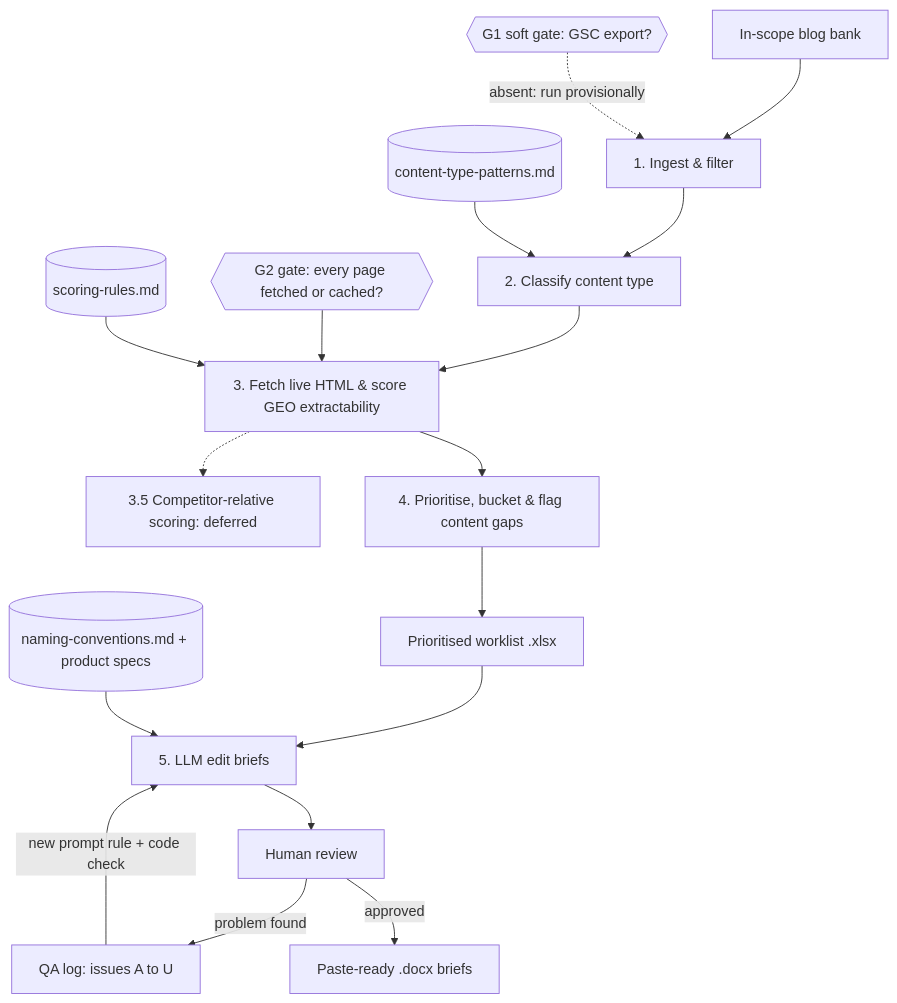
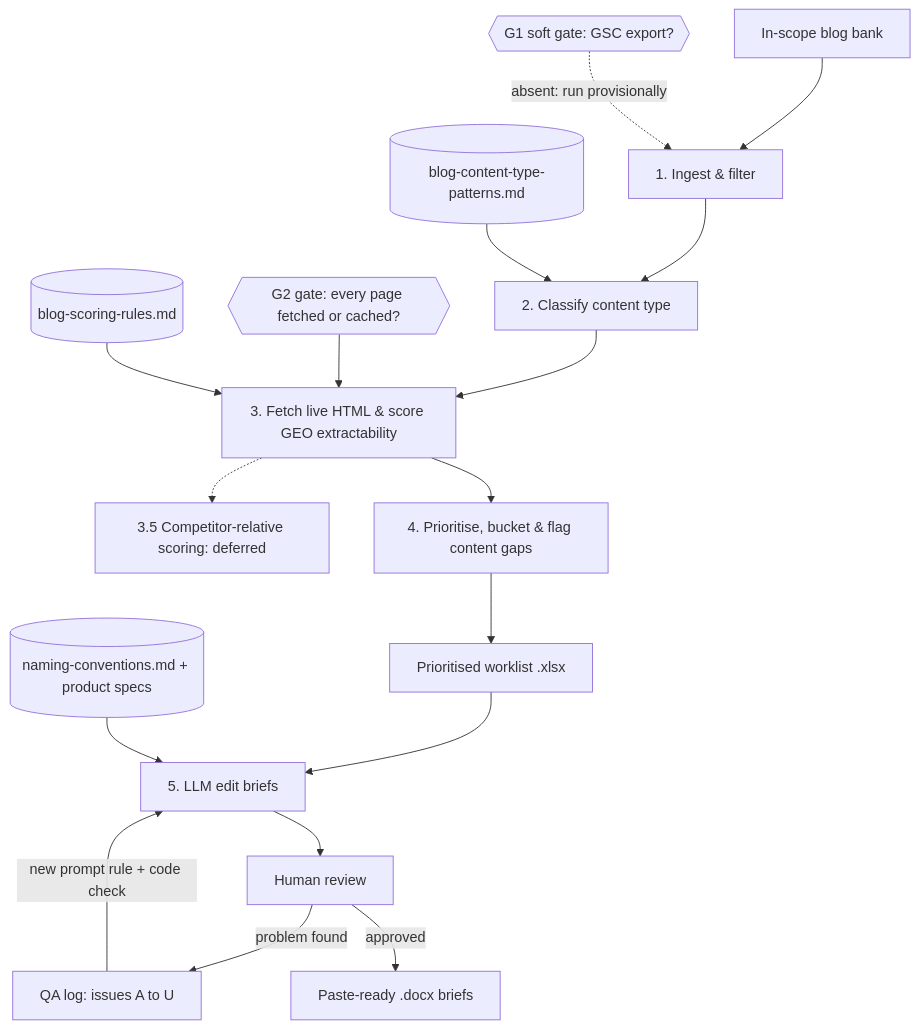
The diagram in README.md (adamjaimesrey/bfcm-geo-engine), drawn with Mermaid before and after one commit. The commit also changed other lines of this file and 24 other files, not shown here.

````diff
--- a/README.md
+++ b/README.md
@@ -25,19 +25,19 @@
 ```mermaid
 flowchart TD
     A[In-scope blog bank] --> B[1. Ingest & filter]
     G1{{G1 soft gate: GSC export?}} -. absent: run provisionally .-> B
     B --> C[2. Classify content type]
-    P[(content-type-patterns.md)] --> C
+    P[(blog-content-type-patterns.md)] --> C
     C --> D[3. Fetch live HTML & score GEO extractability]
     G2{{G2 gate: every page fetched or cached?}} --> D
-    R[(scoring-rules.md)] --> D
+    R[(blog-scoring-rules.md)] --> D
     D -.-> X[3.5 Competitor-relative scoring: deferred]
     D --> E[4. Prioritise, bucket & flag content gaps]
     E --> W[Prioritised worklist .xlsx]
     W --> F[5. LLM edit briefs]
     V[(naming-conventions.md + product specs)] --> F
     F --> H[Human review]
     H -->|problem found| L[QA log: issues A to U]
     L -->|new prompt rule + code check| F
     H -->|approved| O[Paste-ready .docx briefs]
 ```
````
